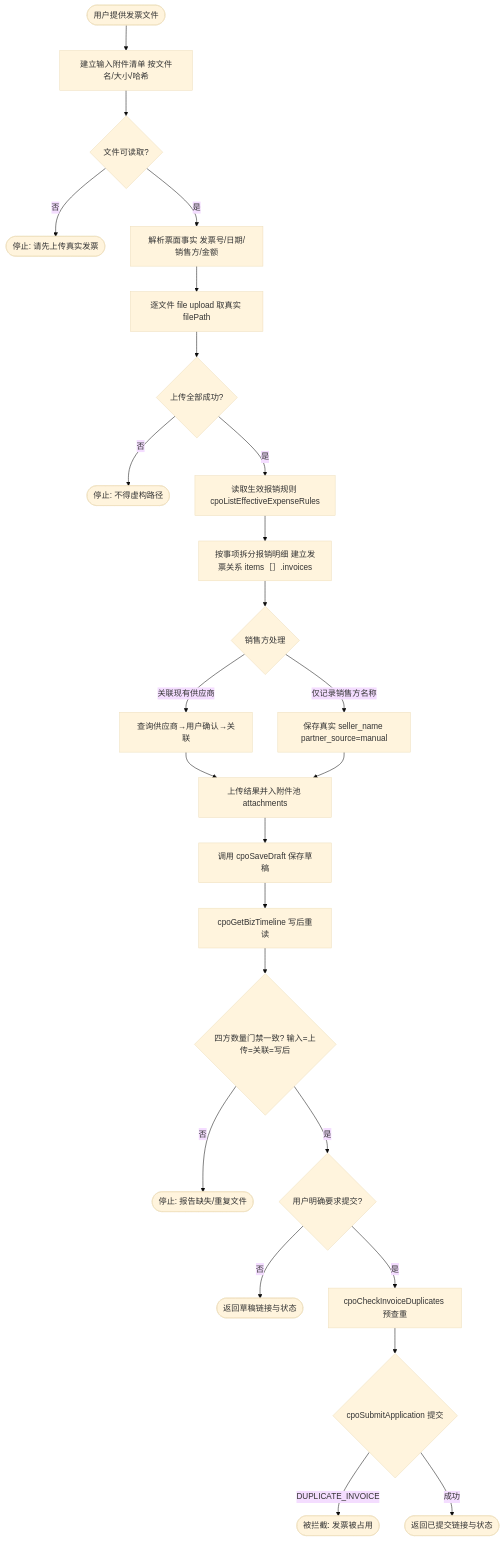
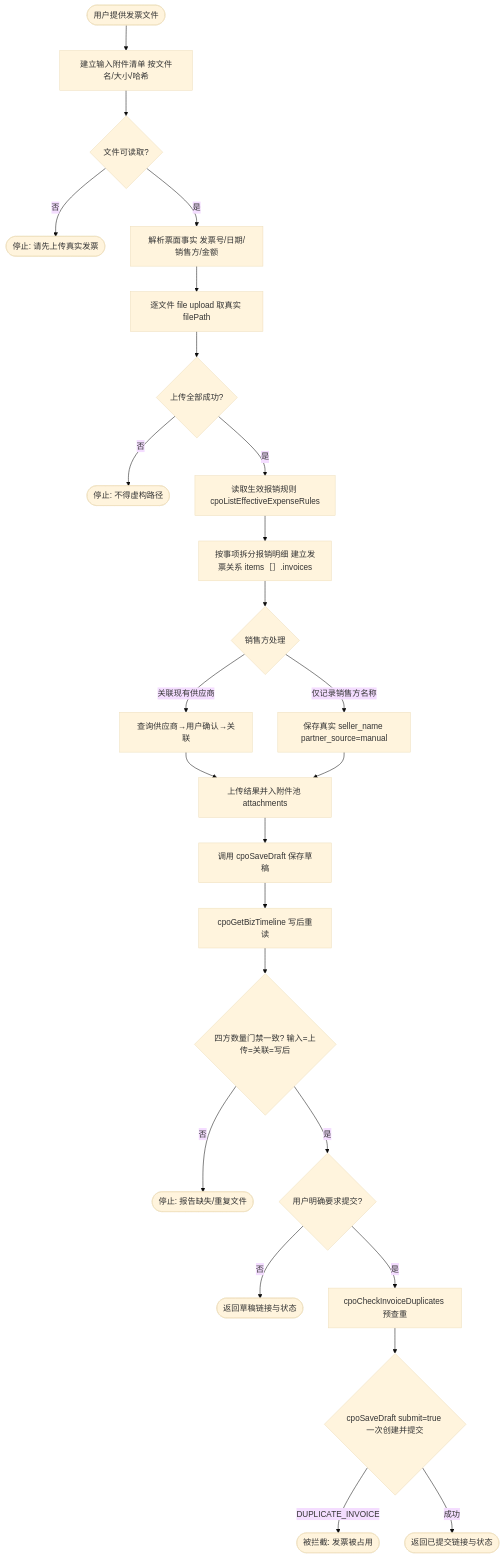
The diagram in .agents/skills/cpo-expense-application/SKILL.md (lovrabet/ei-demo), drawn with Mermaid (base theme) before and after one commit. The commit also changed other lines of this file and 182 other files, not shown here.

First line of the commit message:
feat(审批应用): 统一平台 Flow 与 Policy 权限体系

````diff
--- a/.agents/skills/cpo-expense-application/SKILL.md
+++ b/.agents/skills/cpo-expense-application/SKILL.md
@@ -14,27 +14,27 @@
 ```mermaid
 flowchart TD
   Start([用户提供发票文件]) --> L1[建立输入附件清单 按文件名/大小/哈希]
   L1 --> L2{文件可读取?}
   L2 -- 否 --> Stop1([停止: 请先上传真实发票])
   L2 -- 是 --> L3[解析票面事实 发票号/日期/销售方/金额]
   L3 --> L4[逐文件 file upload 取真实 filePath]
   L4 --> L5{上传全部成功?}
   L5 -- 否 --> Stop2([停止: 不得虚构路径])
   L5 -- 是 --> L6[读取生效报销规则 cpoListEffectiveExpenseRules]
   L6 --> L7[按事项拆分报销明细 建立发票关系 items［］.invoices]
   L7 --> L8{销售方处理}
   L8 -- 关联现有供应商 --> L9a[查询供应商→用户确认→关联]
   L8 -- 仅记录销售方名称 --> L9b[保存真实 seller_name partner_source=manual]
   L9a --> L10[上传结果并入附件池 attachments]
   L9b --> L10
   L10 --> L11[调用 cpoSaveDraft 保存草稿]
   L11 --> L12[cpoGetBizTimeline 写后重读]
   L12 --> L13{四方数量门禁一致? 输入=上传=关联=写后}
   L13 -- 否 --> Stop3([停止: 报告缺失/重复文件])
   L13 -- 是 --> L14{用户明确要求提交?}
   L14 -- 否 --> E1([返回草稿链接与状态])
   L14 -- 是 --> L15[cpoCheckInvoiceDuplicates 预查重]
-  L15 --> L16{cpoSubmitApplication 提交}
+  L15 --> L16{cpoSaveDraft submit=true 一次创建并提交}
   L16 -- DUPLICATE_INVOICE --> Stop4([被拦截: 发票被占用])
   L16 -- 成功 --> E2([返回已提交链接与状态])
 ```
````
